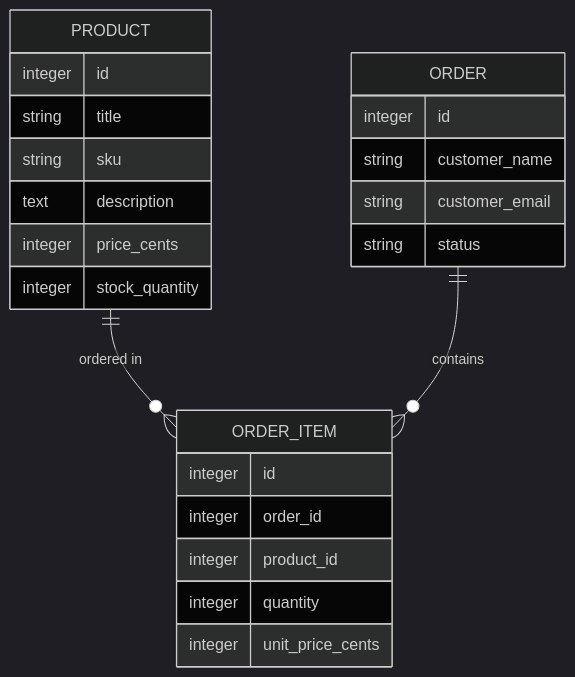
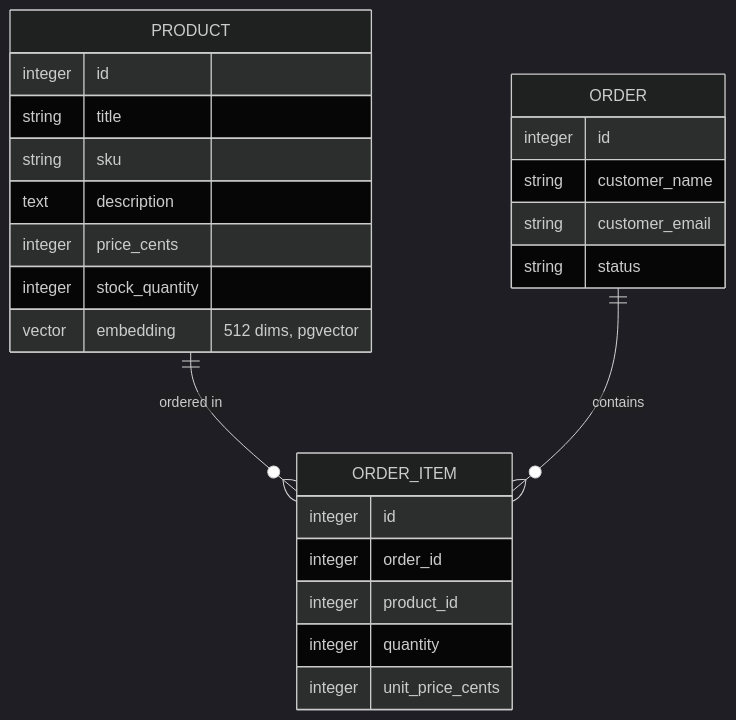
The second of 2 diagrams in README.md (mjesar/shop_mcp_server), drawn with Mermaid (dark theme) before and after one commit. The commit also changed other lines of this file, not shown here.

````diff
--- a/README.md
+++ b/README.md
@@ -85,27 +100,28 @@
 ```mermaid
 erDiagram
     PRODUCT ||--o{ ORDER_ITEM : "ordered in"
     ORDER ||--o{ ORDER_ITEM : contains
 
     PRODUCT {
         integer id
         string title
         string sku
         text description
         integer price_cents
         integer stock_quantity
+        vector embedding "512 dims, pgvector"
     }
     ORDER {
         integer id
         string customer_name
         string customer_email
         string status
     }
     ORDER_ITEM {
         integer id
         integer order_id
         integer product_id
         integer quantity
         integer unit_price_cents
     }
 ```
````
